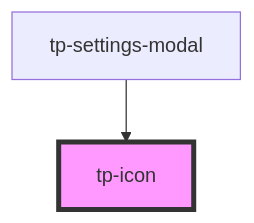
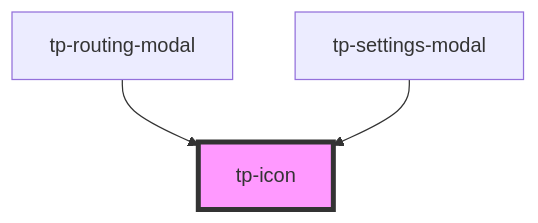
One commit to Jacob-Griffin/TelephonePictionaryStencilVue changed the diagram in packages/byfo-components/src/components/tp-icon/readme.md. Above: the diagram before and after it, drawn with Mermaid. The commit also changed other lines of this file and 58 other files, not shown here.

````diff
--- a/packages/byfo-components/src/components/tp-icon/readme.md
+++ b/packages/byfo-components/src/components/tp-icon/readme.md
@@ -22,5 +23,6 @@
 ```mermaid
 graph TD;
+  tp-routing-modal --> tp-icon
   tp-settings-modal --> tp-icon
   style tp-icon fill:#f9f,stroke:#333,stroke-width:4px
 ```
````
